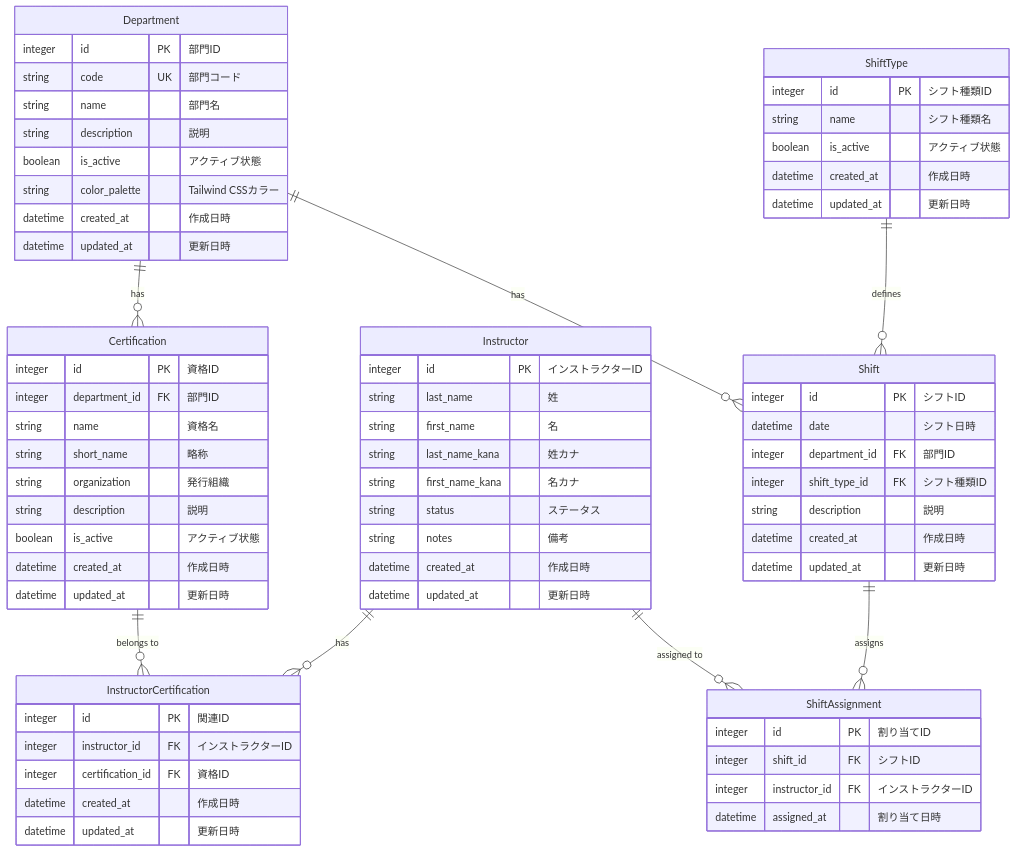
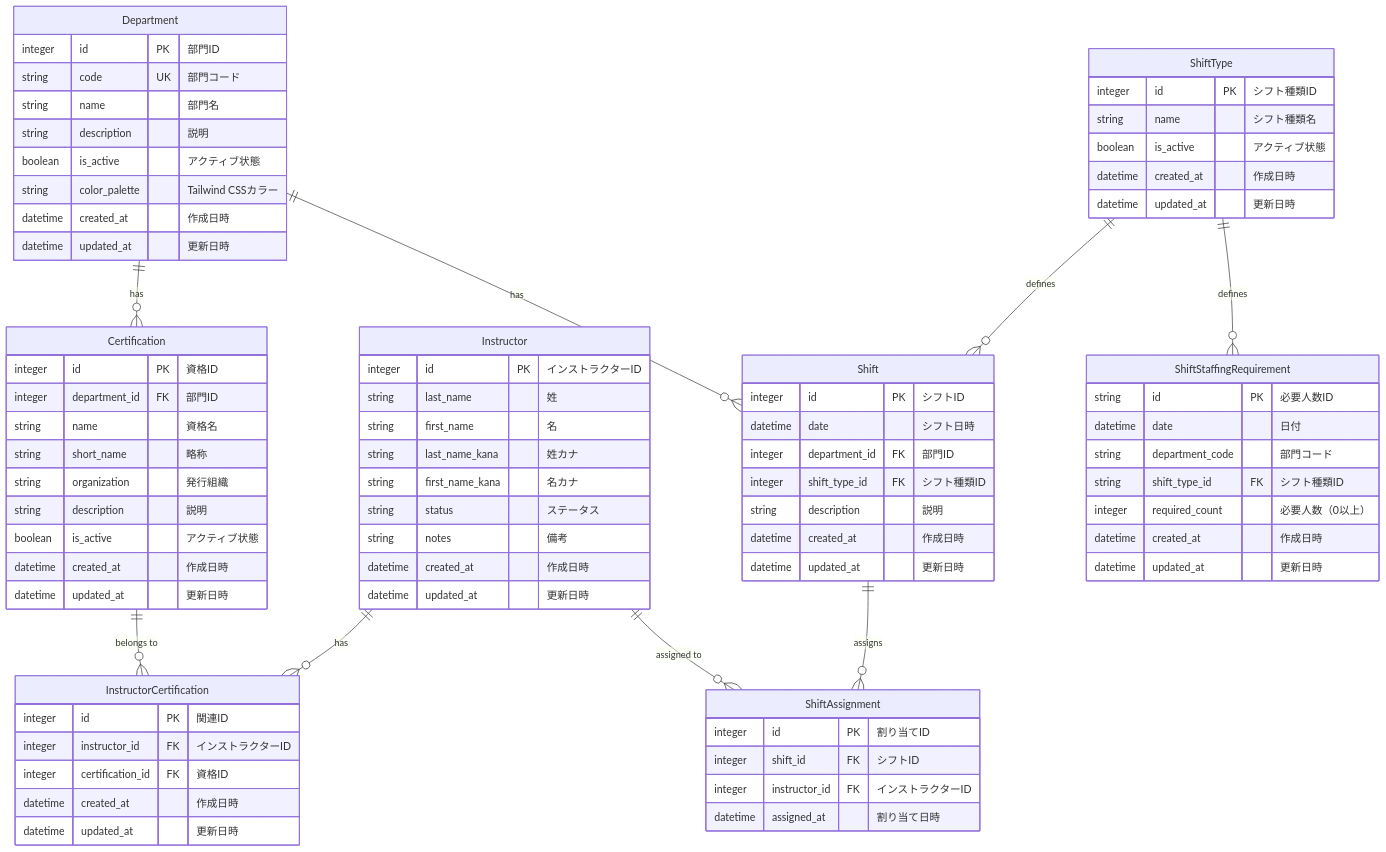
Before and after one commit to keichan110/fuyugyo: the diagram in docs/db.md, drawn with Mermaid. The commit also changed other lines of this file and 5 other files, not shown here.

First line of the commit message:
📝 Document shift staffing requirements

````diff
--- a/docs/db.md
+++ b/docs/db.md
@@ -83,6 +83,16 @@
         datetime assigned_at "割り当て日時"
     }
 
+    ShiftStaffingRequirement {
+        string id PK "必要人数ID"
+        datetime date "日付"
+        string department_code "部門コード"
+        string shift_type_id FK "シフト種類ID"
+        integer required_count "必要人数（0以上）"
+        datetime created_at "作成日時"
+        datetime updated_at "更新日時"
+    }
+
     %% リレーション定義
     Department ||--o{ Certification : "has"
     Department ||--o{ Shift : "has"
@@ -93,4 +103,5 @@
 
     Instructor ||--o{ ShiftAssignment : "assigned to"
     Shift ||--o{ ShiftAssignment : "assigns"
+    ShiftType ||--o{ ShiftStaffingRequirement : "defines"
 ```
````
